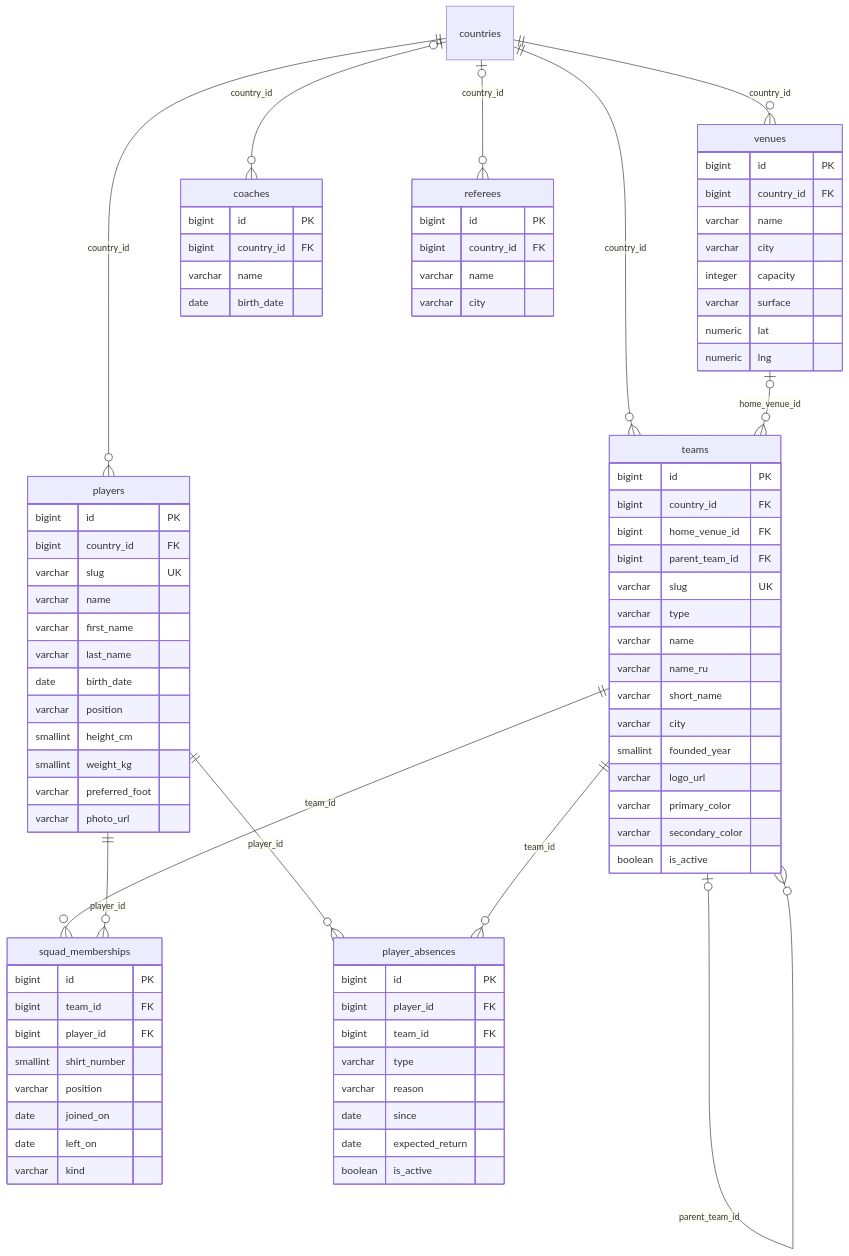
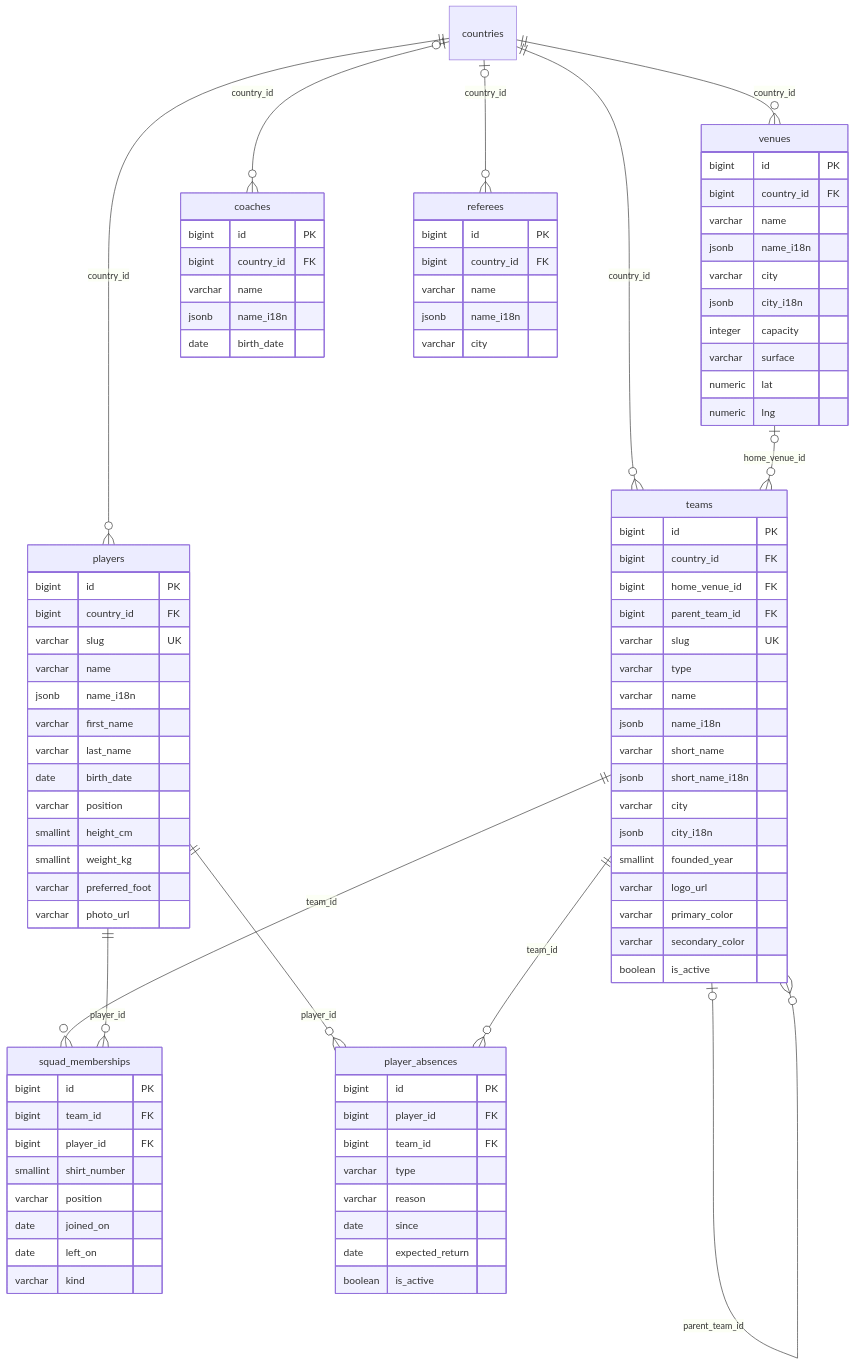
Before and after one commit to ivcDark/matchiq: the second of 7 diagrams in docs/database/schema.md, drawn with Mermaid. The commit also changed other lines of this file and 4 other files, not shown here.

First line of the commit message:
docs(database): мультиязычность сущностей (name_i18n jsonb) и архитектура производительности

```diff
--- a/docs/database/schema.md
+++ b/docs/database/schema.md
@@ -171,9 +176,11 @@
         varchar slug UK
         varchar type
         varchar name
-        varchar name_ru
+        jsonb name_i18n
         varchar short_name
+        jsonb short_name_i18n
         varchar city
+        jsonb city_i18n
         smallint founded_year
         varchar logo_url
         varchar primary_color
@@ -184,7 +191,9 @@
         bigint id PK
         bigint country_id FK
         varchar name
+        jsonb name_i18n
         varchar city
+        jsonb city_i18n
         integer capacity
         varchar surface
         numeric lat
@@ -195,6 +204,7 @@
         bigint country_id FK
         varchar slug UK
         varchar name
+        jsonb name_i18n
         varchar first_name
         varchar last_name
         date birth_date
@@ -228,12 +238,14 @@
         bigint id PK
         bigint country_id FK
         varchar name
+        jsonb name_i18n
         date birth_date
     }
     referees {
         bigint id PK
         bigint country_id FK
         varchar name
+        jsonb name_i18n
         varchar city
     }
     countries ||--o{ teams : "country_id"
```
